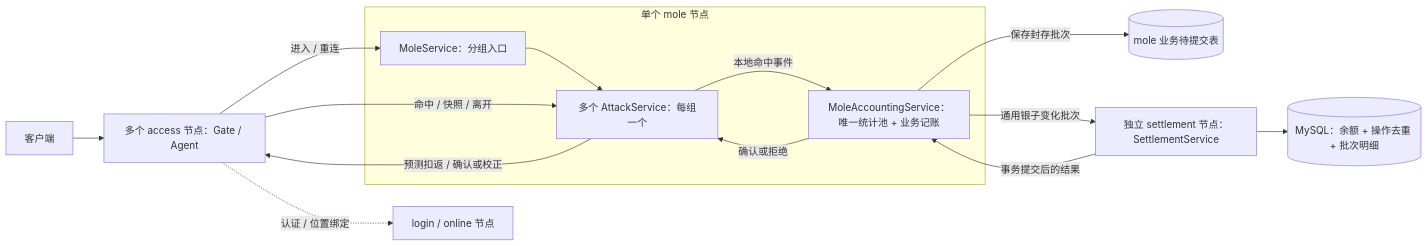
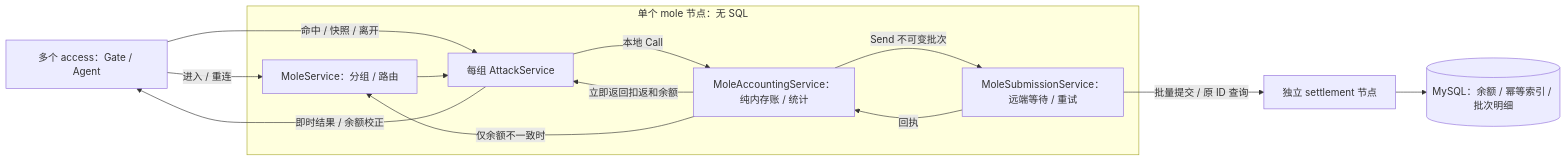
One commit to cnooljaw/gsrdemo changed the diagram in docs/DESIGN.md. Above: the diagram before and after it, drawn with Mermaid. The commit also changed other lines of this file and 16 other files, not shown here.

````diff
--- a/docs/DESIGN.md
+++ b/docs/DESIGN.md
@@ -143,20 +143,16 @@
 ```mermaid
 flowchart LR
-    C["客户端"] --> A["多个 access 节点：Gate / Agent"]
-    A -. "认证 / 位置绑定" .-> LO["login / online 节点"]
-    subgraph M["单个 mole 节点"]
-        E["MoleService：分组入口"]
-        G["多个 AttackService：每组一个"]
-        B["MoleAccountingService：唯一统计池 + 业务记账"]
-        E --> G
-        G -->|"本地命中事件"| B
-        B -->|"确认或拒绝"| G
+    A["多个 access：Gate / Agent"] -->|"进入 / 重连"| E
+    A -->|"命中 / 快照 / 离开"| G
+    subgraph M["单个 mole 节点：无 SQL"]
+        E["MoleService：分组 / 路由"] --> G["每组 AttackService"]
+        G -->|"本地 Call"| B["MoleAccountingService：纯内存账 / 统计"]
+        B -->|"立即返回扣返和余额"| G
+        B -->|"Send 不可变批次"| T["MoleSubmissionService：远端等待 / 重试"]
+        T -->|"回执"| B
+        B -->|"仅余额不一致时"| E
     end
-    A -->|"进入 / 重连"| E
-    A -->|"命中 / 快照 / 离开"| G
-    G -->|"预测扣返 / 确认或校正"| A
-    B -->|"保存封存批次"| P[("mole 业务待提交表")]
-    B -->|"通用银子变化批次"| S["独立 settlement 节点：SettlementService"]
-    S -->|"事务提交后的结果"| B
-    S --> D[("MySQL：余额 + 操作去重 + 批次明细")]
+    G -->|"即时结果 / 余额校正"| A
+    T -->|"批量提交 / 原 ID 查询"| S["独立 settlement 节点"]
+    S --> D[("MySQL：余额 / 幂等索引 / 批次明细")]
 ```
````
